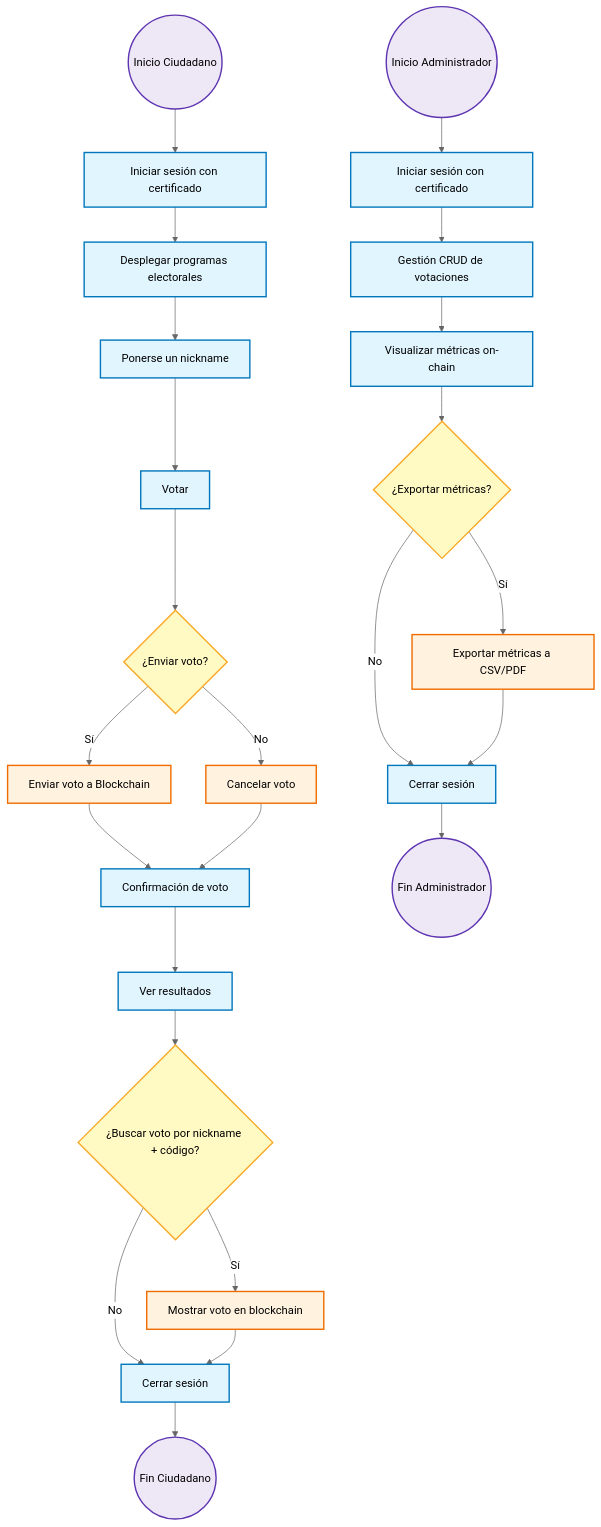
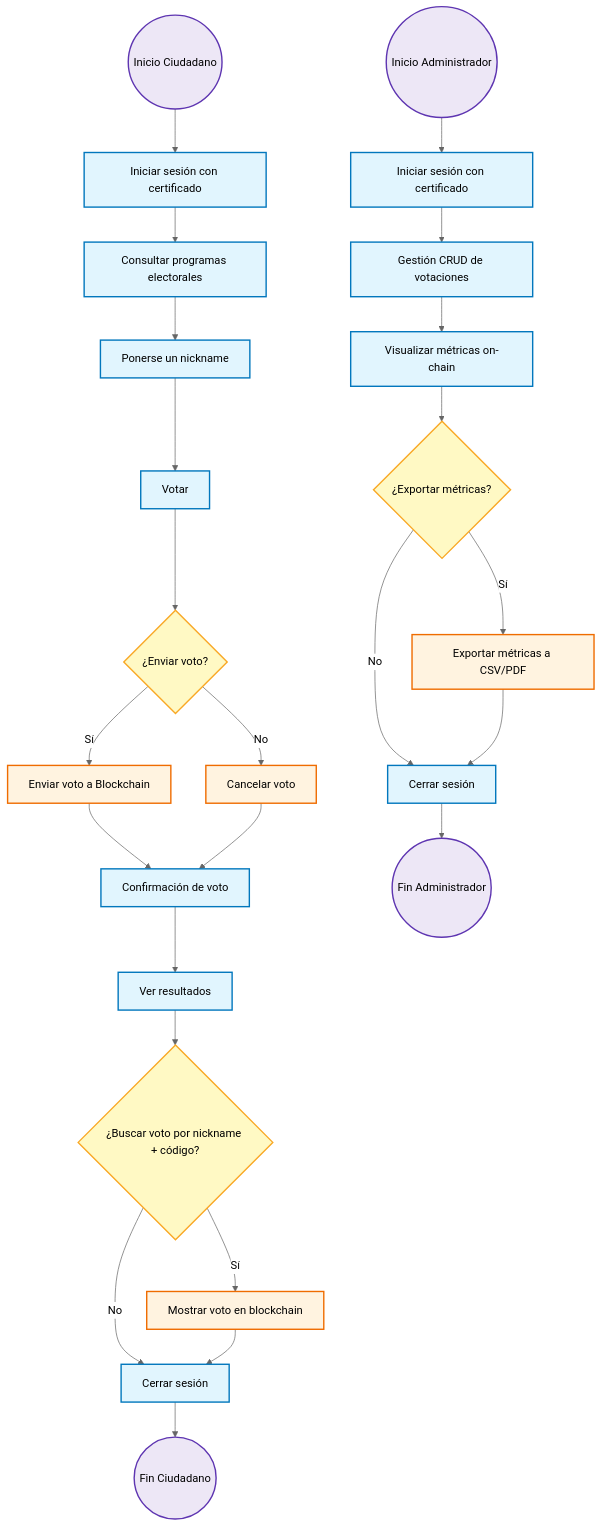
One commit to OnyxVariables/AGORA changed the first of 3 diagrams in docs/Diagrama_Flujo.md. Above: the diagram before and after it, drawn with Mermaid (neutral theme). The commit also changed other lines of this file and 5 other files, not shown here.

Commit message:
Replace Desplegar to Consultar and update svg's architecture

````diff
--- a/docs/Diagrama_Flujo.md
+++ b/docs/Diagrama_Flujo.md
@@ -29,43 +29,43 @@
 ```mermaid
 flowchart TB
     %% Estilos
     classDef inicioFin fill:#ede7f6,stroke:#5e35b1,stroke-width:2px,color:#000
     classDef proceso fill:#e1f5fe,stroke:#0277bd,stroke-width:2px,color:#000
     classDef decision fill:#fff9c4,stroke:#f9a825,stroke-width:2px,color:#000
     classDef extendido fill:#fff3e0,stroke:#ef6c00,stroke-width:2px,color:#000
 
     %% Flujo Ciudadano
     InicioC((Inicio Ciudadano)):::inicioFin
 
     InicioC --> LoginC[Iniciar sesión con certificado]:::proceso
-    LoginC --> ProgramasC[Desplegar programas electorales]:::proceso
+    LoginC --> ProgramasC[Consultar programas electorales]:::proceso
     ProgramasC --> NicknameC[Ponerse un nickname]:::proceso
     NicknameC --> VotarC[Votar]:::proceso
 
     VotarC --> DecisionV{¿Enviar voto?}:::decision
     DecisionV -->|Sí| EnviarC[Enviar voto a Blockchain]:::extendido
     DecisionV -->|No| CancelarC[Cancelar voto]:::extendido
 
     EnviarC --> FinVotoC[Confirmación de voto]:::proceso
     CancelarC --> FinVotoC
     FinVotoC --> ResultadosC[Ver resultados]:::proceso
 
     ResultadosC --> BuscarC{¿Buscar voto por nickname + código?}:::decision
     BuscarC -->|Sí| BuscarV[Mostrar voto en blockchain]:::extendido
     BuscarC -->|No| SalirC[Cerrar sesión]:::proceso
     BuscarV --> SalirC
     SalirC --> FinC((Fin Ciudadano)):::inicioFin
 
     %% Flujo Administrador
     InicioA((Inicio Administrador)):::inicioFin
 
     InicioA --> LoginA[Iniciar sesión con certificado]:::proceso
     LoginA --> CRUDA[Gestión CRUD de votaciones]:::proceso
     CRUDA --> MetricA[Visualizar métricas on-chain]:::proceso
 
     MetricA --> DecisionExp{¿Exportar métricas?}:::decision
     DecisionExp -->|Sí| ExportA[Exportar métricas a CSV/PDF]:::extendido
     DecisionExp -->|No| SalirA[Cerrar sesión]:::proceso
     ExportA --> SalirA
     SalirA --> FinA((Fin Administrador)):::inicioFin
 ```
````
